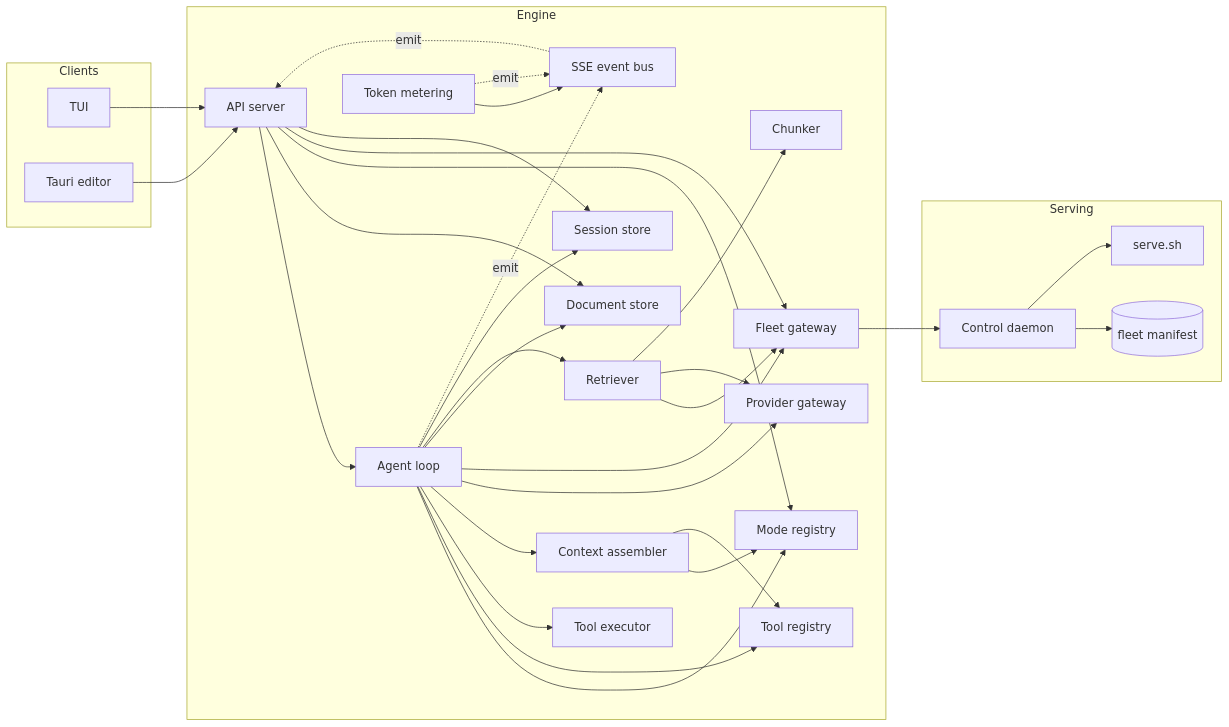
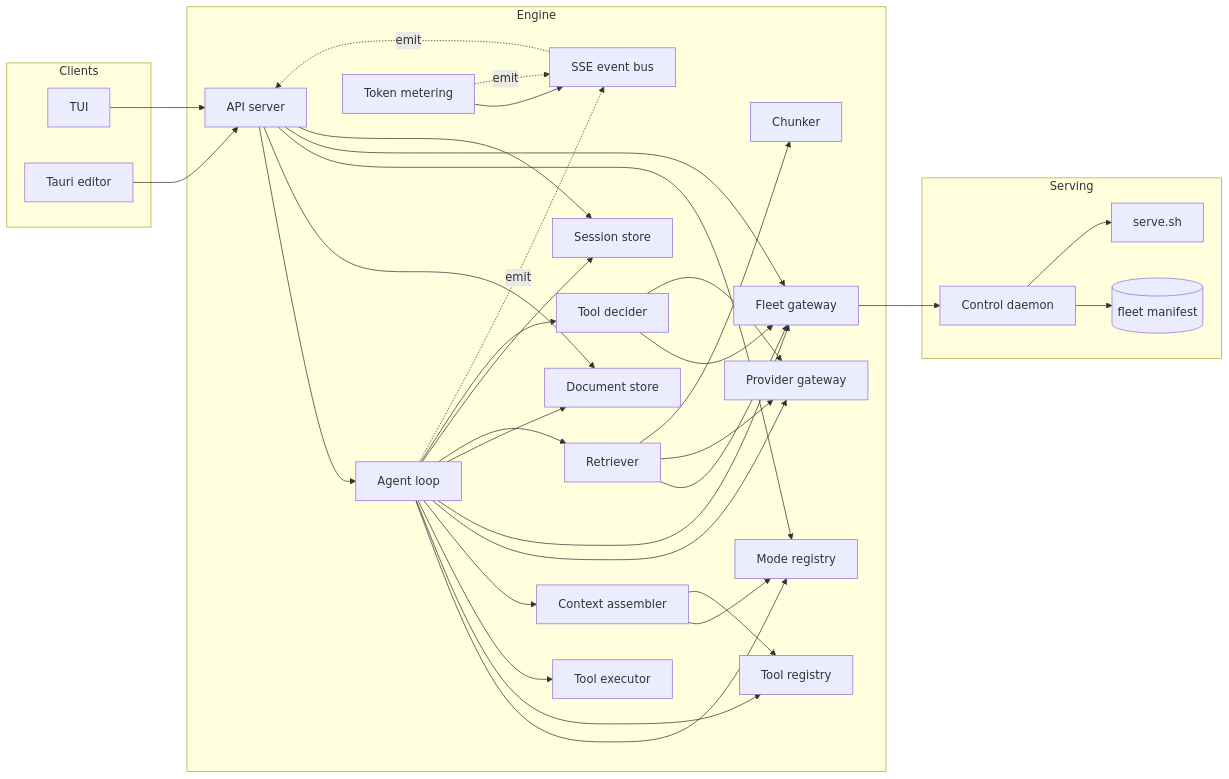
One commit to Snorre98/texteditor changed the diagram in docs/writing-assistant/contracts/module-boundaries.md. Above: the diagram before and after it, drawn with Mermaid. The commit also changed other lines of this file and 11 other files, not shown here.

````diff
--- a/docs/writing-assistant/contracts/module-boundaries.md
+++ b/docs/writing-assistant/contracts/module-boundaries.md
@@ -58,57 +59,61 @@
 ```mermaid
 flowchart LR
     subgraph clients[Clients]
         TUI[TUI]
         Tauri[Tauri editor]
     end
     subgraph engine[Engine]
         API[API server]
         Loop[Agent loop]
         Assembler[Context assembler]
         Mode[Mode registry]
         ToolReg[Tool registry]
         ToolExec[Tool executor]
+        Decider[Tool decider]
         Prov[Provider gateway]
         Fleet[Fleet gateway]
         Meter[Token metering]
         Retriever[Retriever]
         Chunker[Chunker]
         Doc[Document store]
         Sess[Session store]
         Bus[SSE event bus]
     end
     subgraph serving[Serving]
         Daemon[Control daemon]
         Manifest[(fleet manifest)]
         Exec[serve.sh]
     end
 
     TUI --> API
     Tauri --> API
     API --> Loop
     API --> Doc
     API --> Mode
     API --> Fleet
     API --> Sess
     Loop --> Mode
     Loop --> ToolReg
     Loop --> ToolExec
     Loop --> Assembler
     Loop --> Prov
     Loop --> Fleet
     Loop --> Doc
     Loop --> Retriever
     Loop --> Sess
+    Loop --> Decider
+    Decider --> Fleet
+    Decider --> Prov
     Assembler --> Mode
     Assembler --> ToolReg
     Retriever --> Fleet
     Retriever --> Prov
     Retriever --> Chunker
     Meter --> Bus
     Fleet --> Daemon
     Daemon --> Manifest
     Daemon --> Exec
     Bus -.emit.-> API
     Meter -.emit.-> Bus
     Loop -.emit.-> Bus
 ```
````
